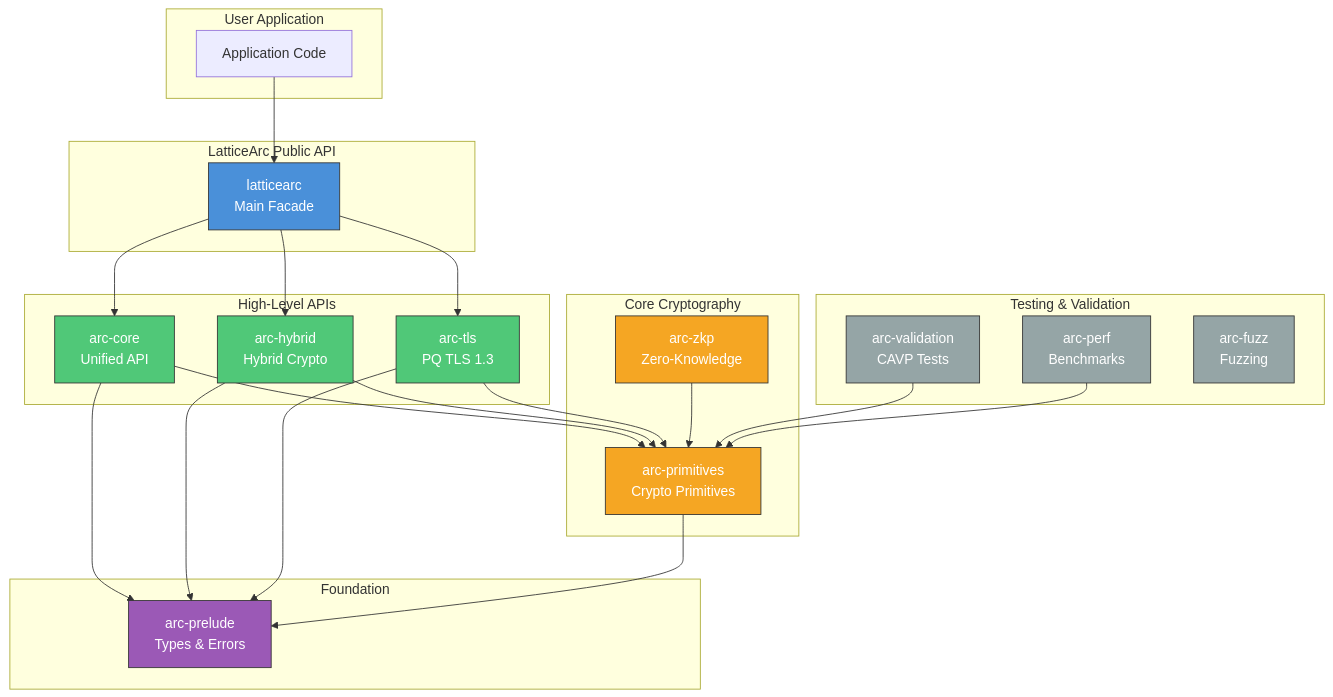
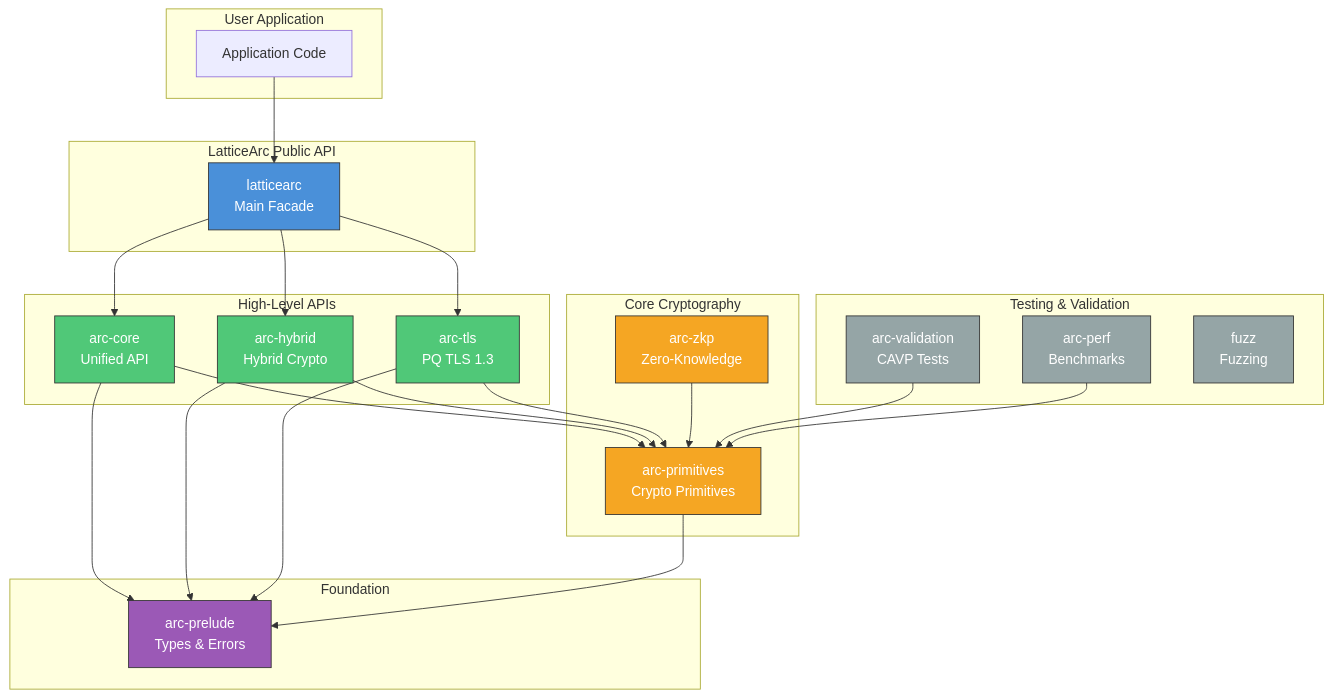
Before and after one commit to LatticeArc/latticearc: the first of 13 diagrams in docs/DESIGN.md, drawn with Mermaid. The commit also changed 48 other files, not shown here.

First line of the commit message:
chore: Rename arc-fuzz to fuzz and add aws-lc-rs PR reference

````diff
--- a/docs/DESIGN.md
+++ b/docs/DESIGN.md
@@ -37,58 +37,58 @@
 ```mermaid
 graph TB
     subgraph "User Application"
         APP[Application Code]
     end
 
     subgraph "LatticeArc Public API"
         MAIN[latticearc<br/>Main Facade]
     end
 
     subgraph "High-Level APIs"
         CORE[arc-core<br/>Unified API]
         HYBRID[arc-hybrid<br/>Hybrid Crypto]
         TLS[arc-tls<br/>PQ TLS 1.3]
     end
 
     subgraph "Core Cryptography"
         PRIM[arc-primitives<br/>Crypto Primitives]
         ZKP[arc-zkp<br/>Zero-Knowledge]
     end
 
     subgraph "Foundation"
         PRELUDE[arc-prelude<br/>Types & Errors]
     end
 
     subgraph "Testing & Validation"
         VAL[arc-validation<br/>CAVP Tests]
         PERF[arc-perf<br/>Benchmarks]
-        FUZZ[arc-fuzz<br/>Fuzzing]
+        FUZZ[fuzz<br/>Fuzzing]
     end
 
     APP --> MAIN
     MAIN --> CORE
     MAIN --> HYBRID
     MAIN --> TLS
     CORE --> PRIM
     CORE --> PRELUDE
     HYBRID --> PRIM
     HYBRID --> PRELUDE
     TLS --> PRIM
     TLS --> PRELUDE
     ZKP --> PRIM
     PRIM --> PRELUDE
     VAL --> PRIM
     PERF --> PRIM
 
     classDef facade fill:#4a90d9,stroke:#333,color:#fff
     classDef highlevel fill:#50c878,stroke:#333,color:#fff
     classDef core fill:#f5a623,stroke:#333,color:#fff
     classDef foundation fill:#9b59b6,stroke:#333,color:#fff
     classDef testing fill:#95a5a6,stroke:#333,color:#fff
 
     class MAIN facade
     class CORE,HYBRID,TLS highlevel
     class PRIM,ZKP core
     class PRELUDE foundation
     class VAL,PERF,FUZZ testing
 ```
````
